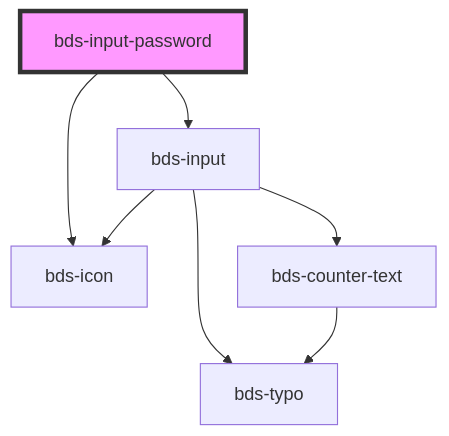
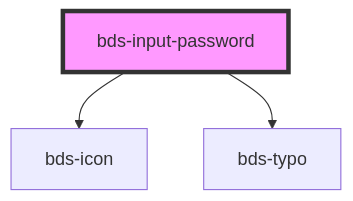
The diagram in src/components/input-password/readme.md (takenet/blip-ds), drawn with Mermaid before and after one commit. The commit also changed other lines of this file and 4 other files, not shown here.

Commit message:
fix(input-password): uncapsulate input from input-password

````diff
--- a/src/components/input-password/readme.md
+++ b/src/components/input-password/readme.md
@@ -52,10 +60,6 @@
 ```mermaid
 graph TD;
-  bds-input-password --> bds-input
   bds-input-password --> bds-icon
-  bds-input --> bds-icon
-  bds-input --> bds-typo
-  bds-input --> bds-counter-text
-  bds-counter-text --> bds-typo
+  bds-input-password --> bds-typo
   style bds-input-password fill:#f9f,stroke:#333,stroke-width:4px
 ```
````
